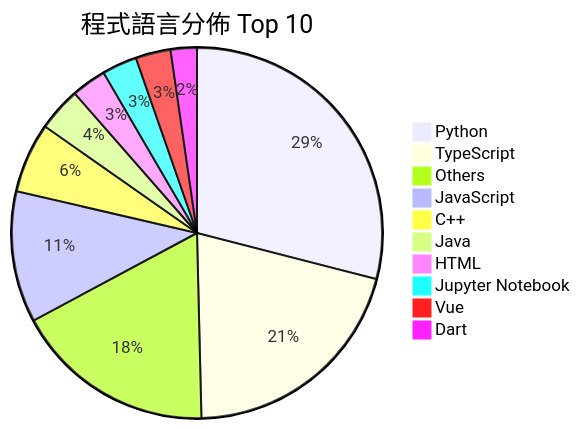
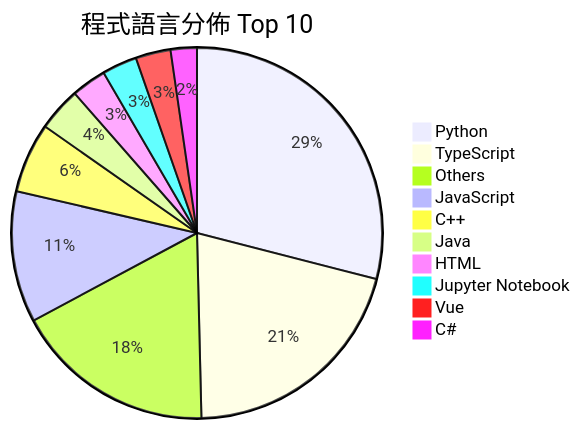
The second of 2 diagrams in README.md (Andy87877/GitHub-Star-Manager), drawn with Mermaid before and after one commit. The commit also changed other lines of this file and 3 other files, not shown here.

````diff
--- a/README.md
+++ b/README.md
@@ -27,13 +27,13 @@
 ```mermaid
 pie title 程式語言分佈 Top 10
     "Python" : 38
     "TypeScript" : 27
     "Others" : 23
     "JavaScript" : 15
     "C++" : 8
     "Java" : 5
     "HTML" : 4
     "Jupyter Notebook" : 4
     "Vue" : 4
-    "Dart" : 3
+    "C#" : 3
 ```
````
